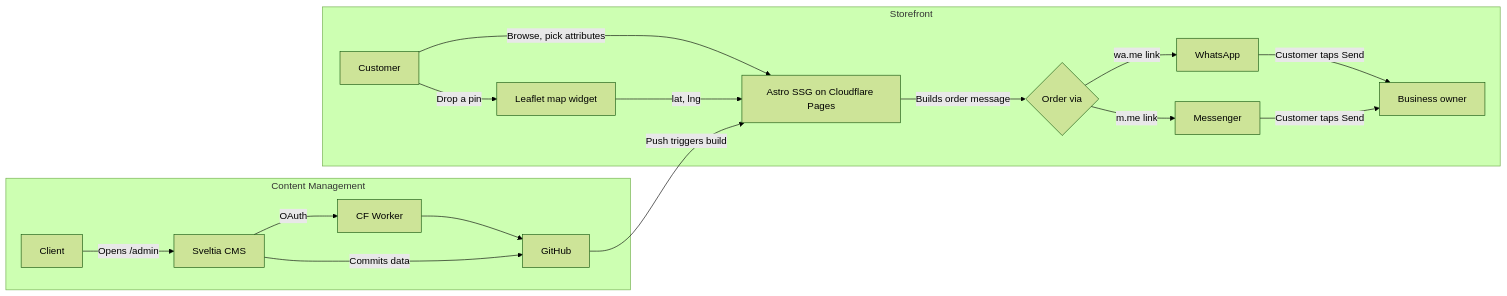
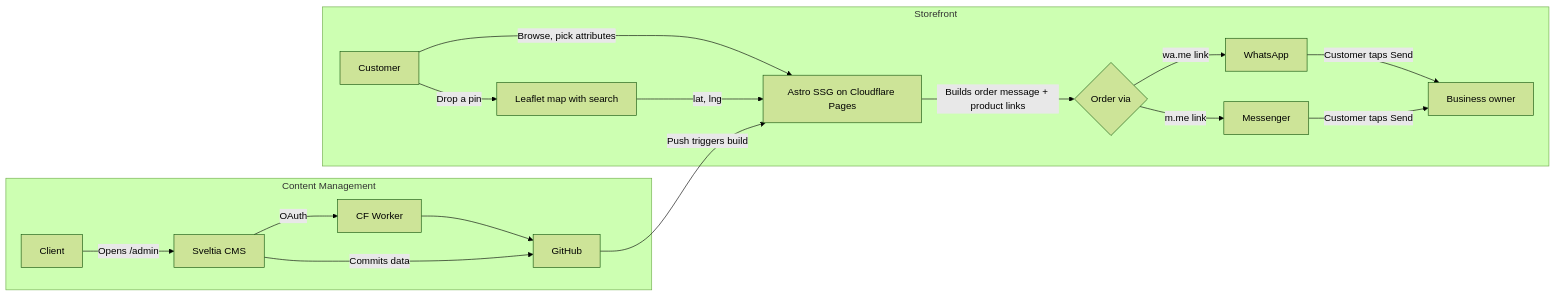
Before and after one commit to ChandanShakya/metalhub-astro: the diagram in README.md, drawn with Mermaid (forest theme). The commit also changed other lines of this file and 3 other files, not shown here.

````diff
--- a/README.md
+++ b/README.md
@@ -19,22 +22,22 @@
 ```mermaid
 flowchart LR
     subgraph Storefront
     A[Customer] -->|Browse, pick attributes| B[Astro SSG on Cloudflare Pages]
-    A -->|Drop a pin| M[Leaflet map widget]
+    A -->|Drop a pin| M[Leaflet map with search]
     M -->|lat, lng| B
-    B -->|Builds order message| C{Order via}
+    B -->|Builds order message + product links| C{Order via}
     C -->|wa.me link| WA[WhatsApp]
     C -->|m.me link| MS[Messenger]
     WA -->|Customer taps Send| Owner[Business owner]
     MS -->|Customer taps Send| Owner
     end
 
     subgraph Content Management
     G[Client] -->|Opens /admin| H[Sveltia CMS]
     H -->|OAuth| I[CF Worker]
     I --> J[GitHub]
     H -->|Commits data| J
     end
 
     J -->|Push triggers build| B
 ```
````
